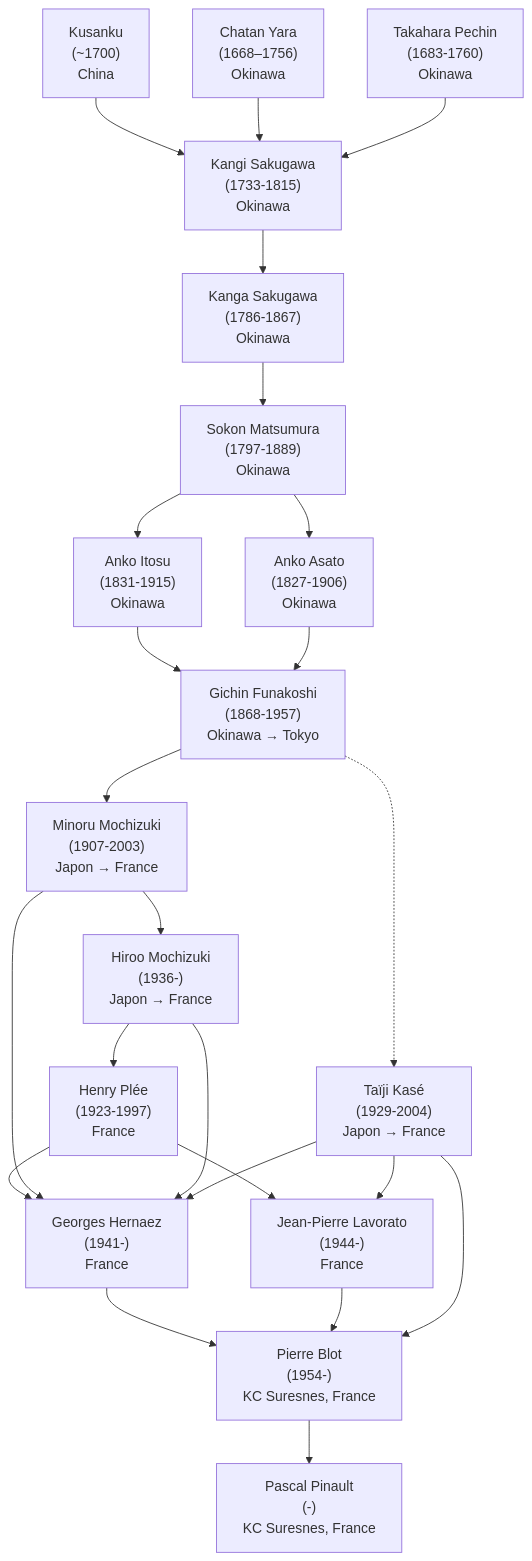
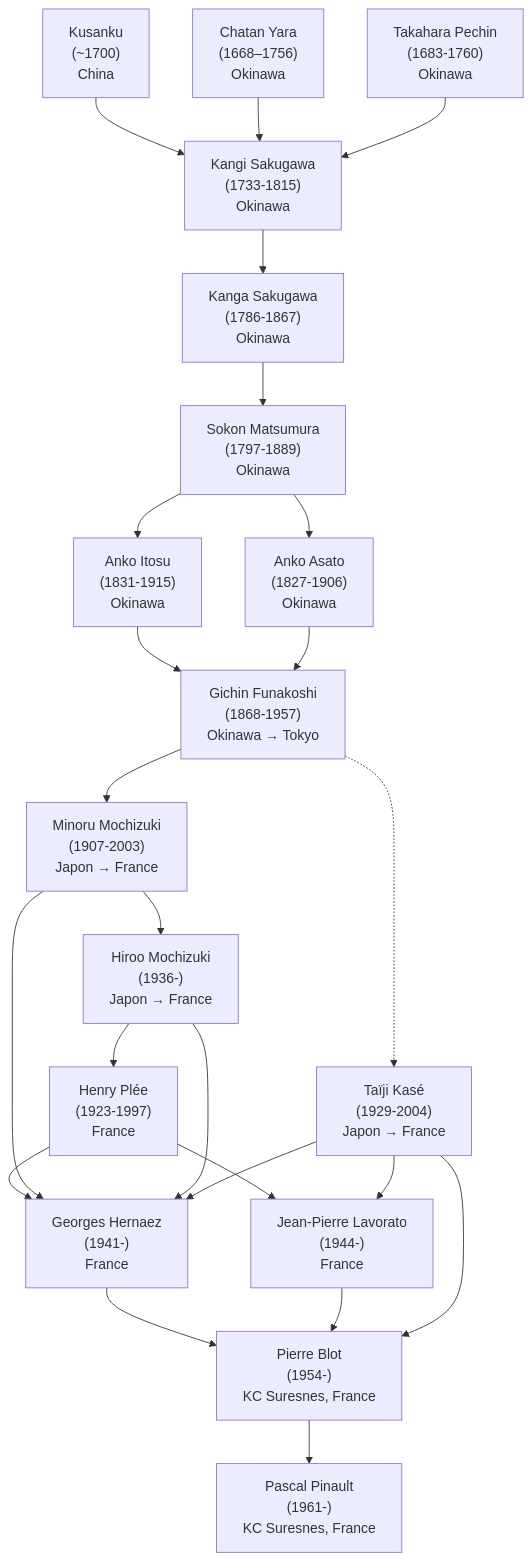
The diagram in pages/lignee.md (NicolasPA/kcsuresnes), drawn with Mermaid before and after one commit.

````diff
--- a/pages/lignee.md
+++ b/pages/lignee.md
@@ -3,31 +3,31 @@
 ```mermaid
 graph TD
     A1["Kusanku<br/>(~1700)<br/>China"]
     A2["Chatan Yara<br/>(1668–1756)<br/>Okinawa"]
     A3["Takahara Pechin<br/>(1683-1760)<br/>Okinawa"]
     B1["Kangi Sakugawa<br/>(1733-1815)<br/>Okinawa"]
     A1 --> B1
     A2 --> B1
     A3 --> B1
     --> B2["Kanga Sakugawa<br/>(1786-1867)<br/>Okinawa"]
     --> C["Sokon Matsumura<br/>(1797-1889)<br/>Okinawa"]
     --> D["Anko Itosu<br/>(1831-1915)<br/>Okinawa"]
     C --> E["Anko Asato<br/>(1827-1906)<br/>Okinawa"]
     D --> F["Gichin Funakoshi<br/>(1868-1957)<br/>Okinawa → Tokyo"]
     E --> F
     --> G["Minoru Mochizuki<br/>(1907-2003)<br/>Japon → France"]
     --> H["Hiroo Mochizuki<br/>(1936-)<br/>Japon → France"]
     --> I["Henry Plée<br/>(1923-1997)<br/>France"]
     J["Taïji Kasé<br/>(1929-2004)<br/>Japon → France"]
     F -.-> J
     I --> K["Jean-Pierre Lavorato<br/>(1944-)<br/>France"]
     J --> K
     I --> L["Georges Hernaez<br/>(1941-)<br/>France"]
     G --> L
     H --> L
     J --> L
     L --> M["Pierre Blot<br/>(1954-)<br/>KC Suresnes, France"]
     K --> M
     J --> M
-    M --> N["Pascal Pinault<br/>(-)<br/>KC Suresnes, France"]
+    M --> N["Pascal Pinault<br/>(1961-)<br/>KC Suresnes, France"]
 ```
````
